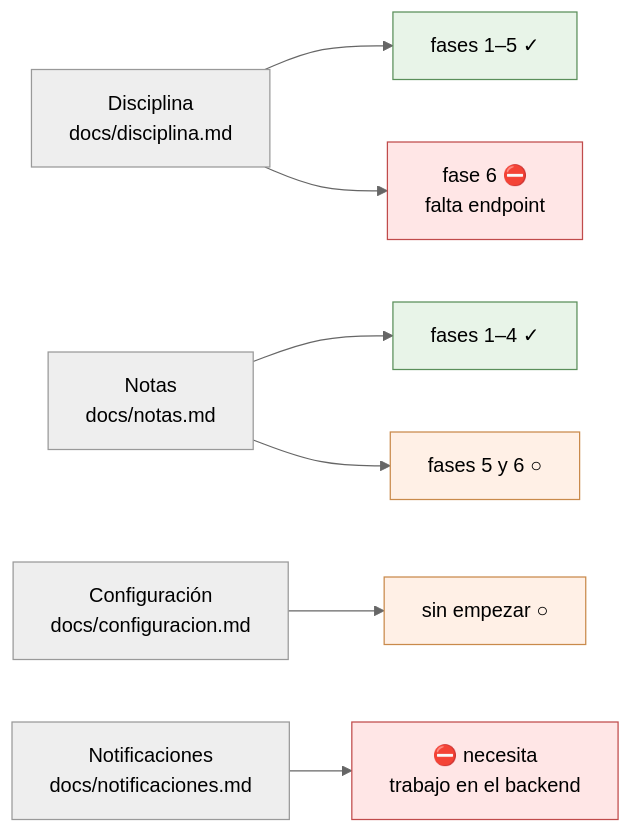
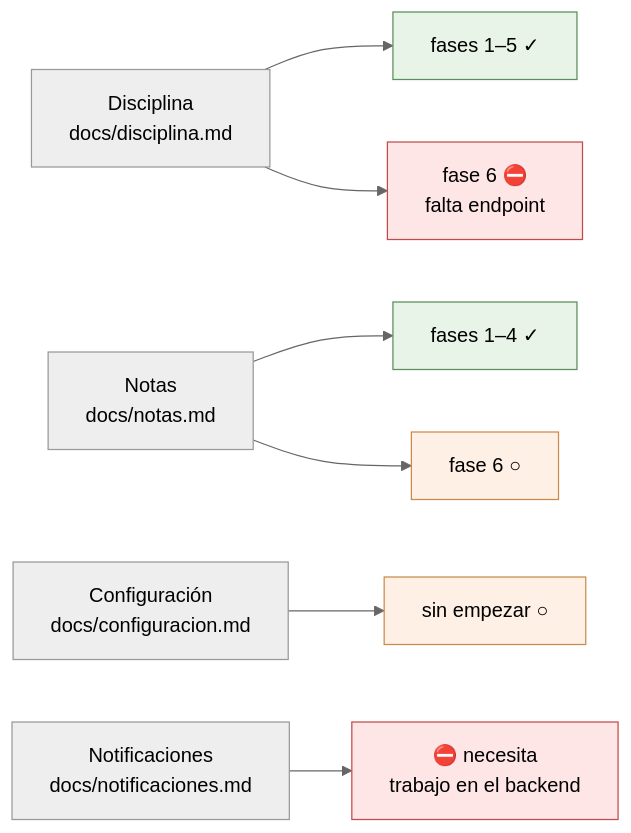
The diagram in docs/estado.md (bluesky777/myvc_flutter), drawn with Mermaid (neutral theme) before and after one commit. The commit also changed other lines of this file and 6 other files, not shown here.

````diff
--- a/docs/estado.md
+++ b/docs/estado.md
@@ -11,16 +11,16 @@
 ```mermaid
 flowchart LR
     D["Disciplina<br/>docs/disciplina.md"] --> D5["fases 1–5 ✓"]
     D --> D6["fase 6 ⛔<br/>falta endpoint"]
     N["Notas<br/>docs/notas.md"] --> N4["fases 1–4 ✓"]
-    N --> N56["fases 5 y 6 ○"]
+    N --> N56["fase 6 ○"]
     C["Configuración<br/>docs/configuracion.md"] --> C0["sin empezar ○"]
     P["Notificaciones<br/>docs/notificaciones.md"] --> P0["⛔ necesita<br/>trabajo en el backend"]
 
     style D5 fill:#e8f4e8,stroke:#5a8f5a
     style N4 fill:#e8f4e8,stroke:#5a8f5a
     style D6 fill:#ffe6e6,stroke:#c04b4b
     style P0 fill:#ffe6e6,stroke:#c04b4b
     style N56 fill:#fff0e6,stroke:#c98a4b
     style C0 fill:#fff0e6,stroke:#c98a4b
 ```
````
